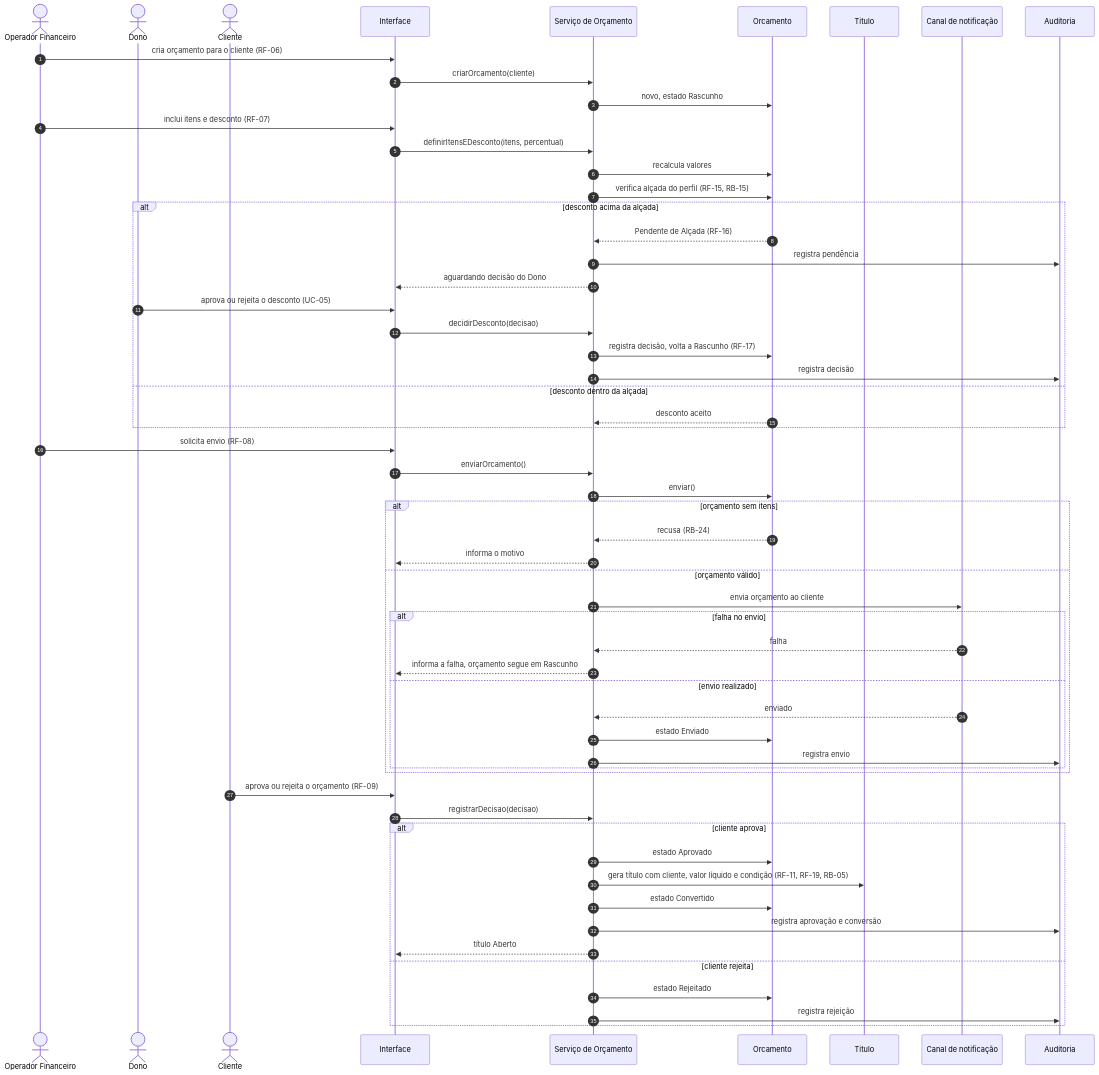
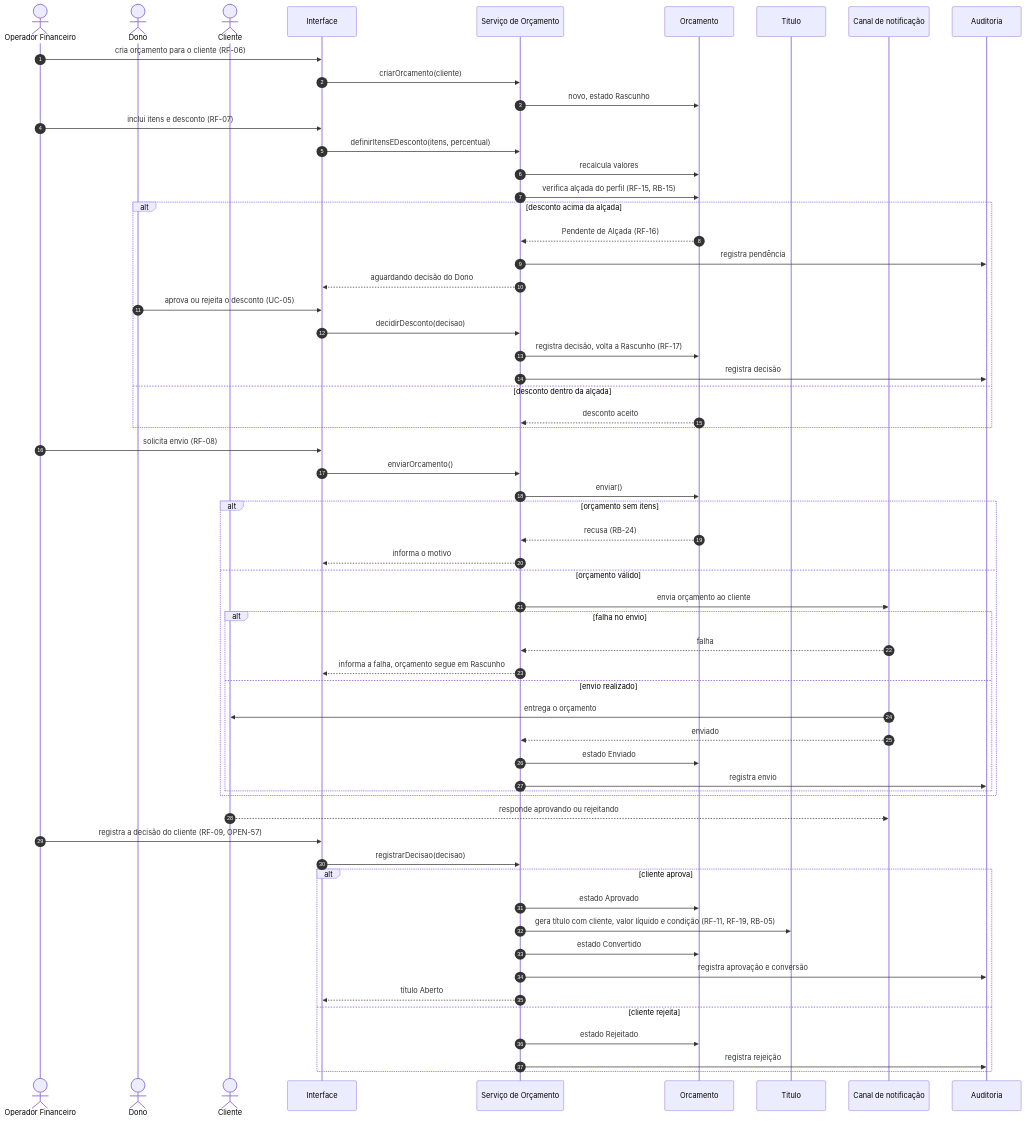
The diagram in docs/casos-de-uso/UC-04-conduzir-orcamento-ate-o-titulo.md (pedroguerra0603/Projeto_RemindMe), drawn with Mermaid before and after one commit. The commit also changed 6 other files, not shown here.

````diff
--- a/docs/casos-de-uso/UC-04-conduzir-orcamento-ate-o-titulo.md
+++ b/docs/casos-de-uso/UC-04-conduzir-orcamento-ate-o-titulo.md
@@ -53,66 +53,68 @@
 ```mermaid
 sequenceDiagram
     autonumber
     actor Operador as Operador Financeiro
     actor Dono
     actor Cliente
     participant UI as Interface
     participant App as Serviço de Orçamento
     participant Orc as Orcamento
     participant Tit as Titulo
     participant Canal as Canal de notificação
     participant Aud as Auditoria
 
     Operador->>UI: cria orçamento para o cliente (RF-06)
     UI->>App: criarOrcamento(cliente)
     App->>Orc: novo, estado Rascunho
     Operador->>UI: inclui itens e desconto (RF-07)
     UI->>App: definirItensEDesconto(itens, percentual)
     App->>Orc: recalcula valores
     App->>Orc: verifica alçada do perfil (RF-15, RB-15)
 
     alt desconto acima da alçada
         Orc-->>App: Pendente de Alçada (RF-16)
         App->>Aud: registra pendência
         App-->>UI: aguardando decisão do Dono
         Dono->>UI: aprova ou rejeita o desconto (UC-05)
         UI->>App: decidirDesconto(decisao)
         App->>Orc: registra decisão, volta a Rascunho (RF-17)
         App->>Aud: registra decisão
     else desconto dentro da alçada
         Orc-->>App: desconto aceito
     end
 
     Operador->>UI: solicita envio (RF-08)
     UI->>App: enviarOrcamento()
     App->>Orc: enviar()
 
     alt orçamento sem itens
         Orc-->>App: recusa (RB-24)
         App-->>UI: informa o motivo
     else orçamento válido
         App->>Canal: envia orçamento ao cliente
         alt falha no envio
             Canal-->>App: falha
             App-->>UI: informa a falha, orçamento segue em Rascunho
         else envio realizado
+            Canal->>Cliente: entrega o orçamento
             Canal-->>App: enviado
             App->>Orc: estado Enviado
             App->>Aud: registra envio
         end
     end
 
-    Cliente->>UI: aprova ou rejeita o orçamento (RF-09)
+    Cliente-->>Canal: responde aprovando ou rejeitando
+    Operador->>UI: registra a decisão do cliente (RF-09, OPEN-57)
     UI->>App: registrarDecisao(decisao)
 
     alt cliente aprova
         App->>Orc: estado Aprovado
         App->>Tit: gera título com cliente, valor líquido e condição (RF-11, RF-19, RB-05)
         App->>Orc: estado Convertido
         App->>Aud: registra aprovação e conversão
         App-->>UI: título Aberto
     else cliente rejeita
         App->>Orc: estado Rejeitado
         App->>Aud: registra rejeição
     end
 ```
````
